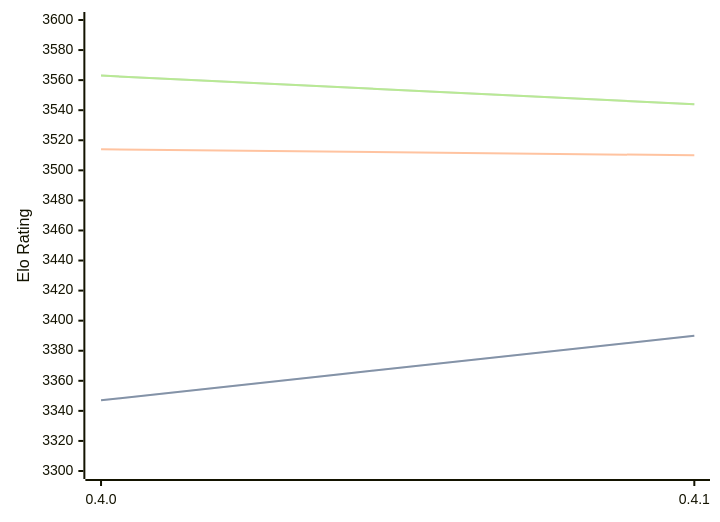
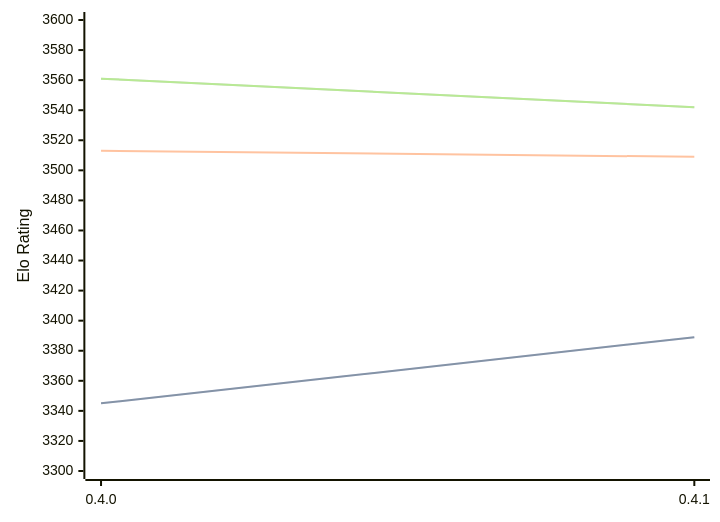
The diagram in engines/Cinder.md (computer-chess-index/cci), drawn with Mermaid before and after one commit. The commit also changed other lines of this file, not shown here.

Commit message:
Update CCI Ratings (ELO VLTC) - 2026-04-26

````diff
--- a/engines/Cinder.md
+++ b/engines/Cinder.md
@@ -40,11 +40,11 @@
 ```mermaid
 %%{init: {"theme":"base","themeVariables":{"seriesColors:['#a3a3a3','#222221','#faa371']}}}%%
 xychart-beta
   x-axis ["0.4.0", "0.4.1"]
   y-axis "Elo Rating" 3300 --> 3600
-  line "STC (8.0+0.08s)" [3347, 3390]
-  line "STC (8.0+0.08s)" [3347, 3390]
-  line "LTC (60.0+0.60s)" [3514, 3510]
-  line "VLTC (2m24s+1.12s)" [3563, 3544]
-  line "VLTC (2m24s+1.12s)" [3563, 3544]
+  line "STC (8.0+0.08s)" [3345, 3389]
+  line "STC (8.0+0.08s)" [3345, 3389]
+  line "LTC (60.0+0.60s)" [3513, 3509]
+  line "VLTC (2m24s+1.12s)" [3561, 3542]
+  line "VLTC (2m24s+1.12s)" [3561, 3542]
 ```
````
